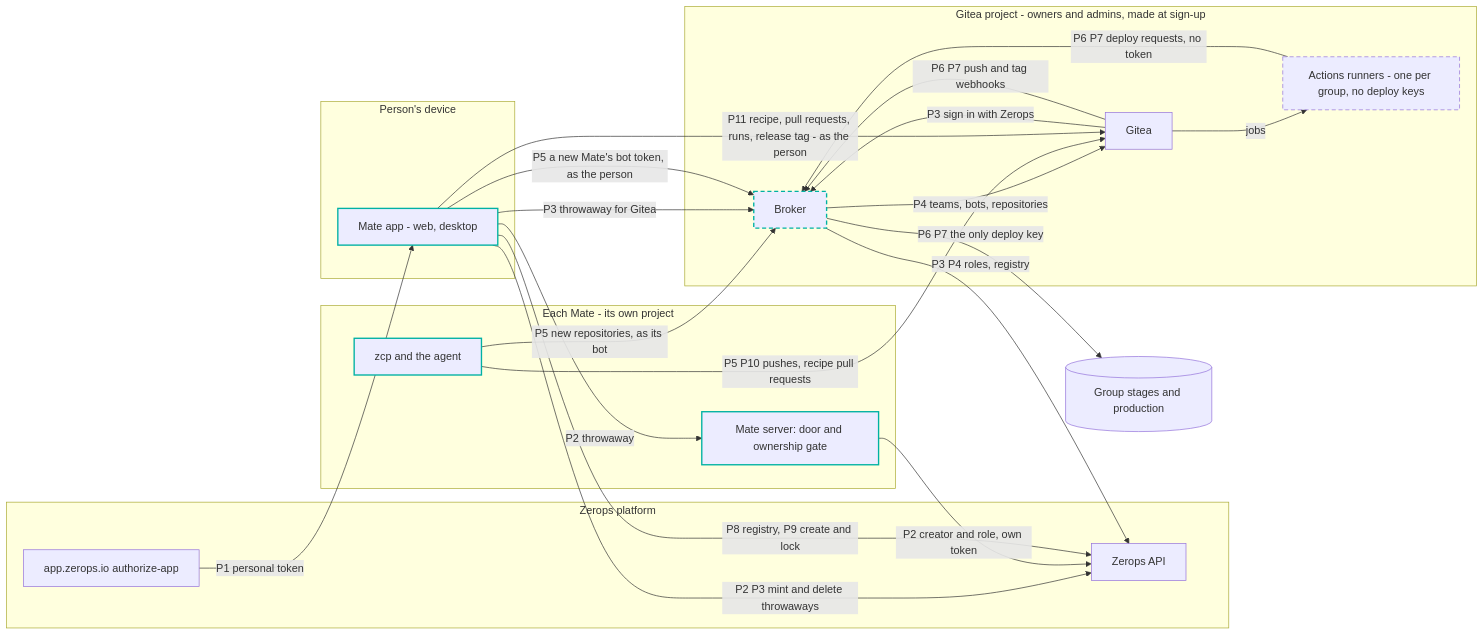
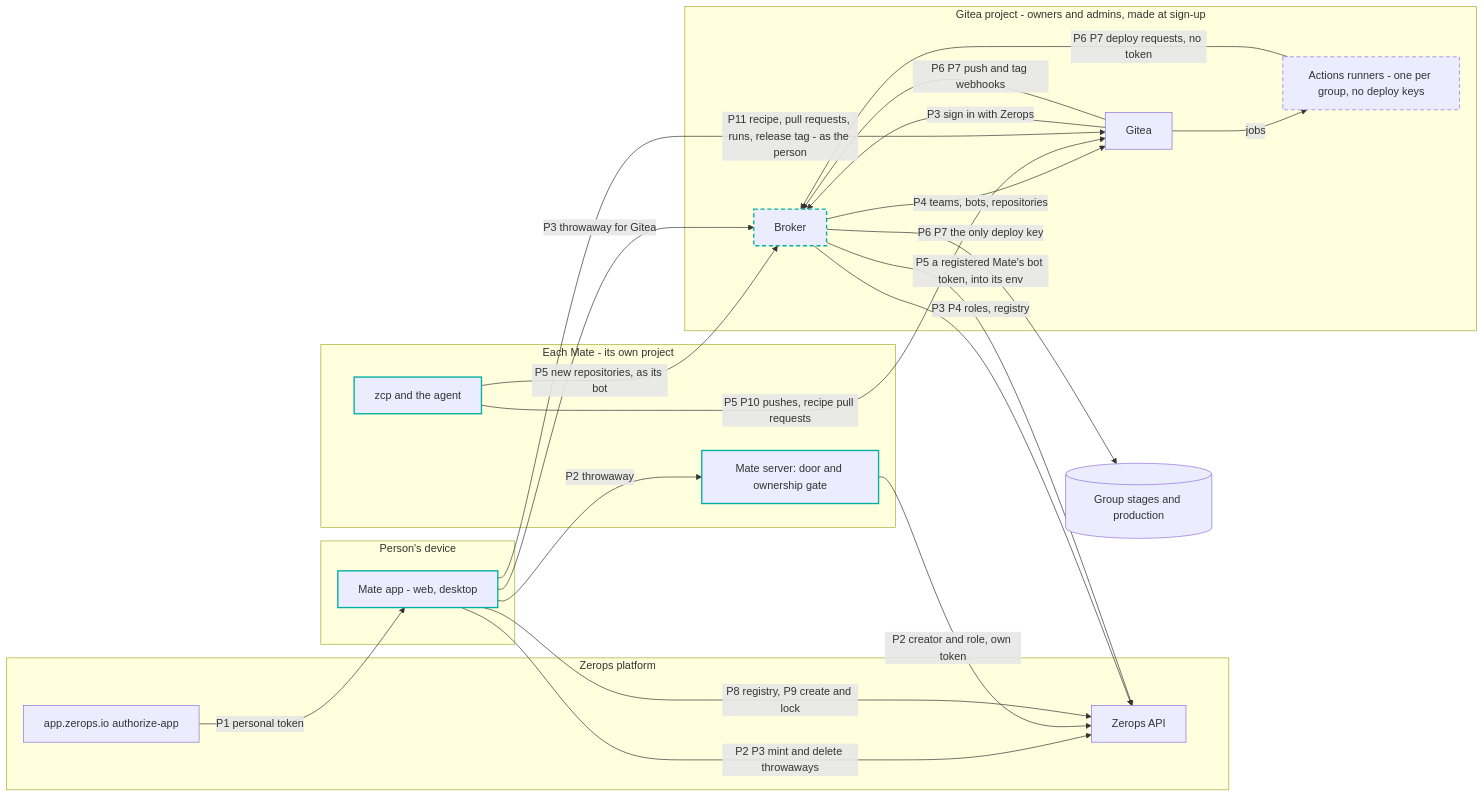
The first of 5 diagrams in plans/zerops-auth-backbone-implementation-2026-09-15.md (zeropsio/zcp), drawn with Mermaid before and after one commit. The commit also changed other lines of this file and 2 other files, not shown here.

First line of the commit message:
docs(mate): D20 — the broker's rights loop delivers a Mate's Gitea access

````diff
--- a/plans/zerops-auth-backbone-implementation-2026-09-15.md
+++ b/plans/zerops-auth-backbone-implementation-2026-09-15.md
@@ -91,43 +91,43 @@
 ```mermaid
 flowchart LR
   subgraph device["Person's device"]
     app["Mate app - web, desktop"]
   end
   subgraph zerops["Zerops platform"]
     authz["app.zerops.io authorize-app"]
     zapi["Zerops API"]
   end
   subgraph devp["Each Mate - its own project"]
     door["Mate server: door and ownership gate"]
     zcp["zcp and the agent"]
   end
   subgraph giteap["Gitea project - owners and admins, made at sign-up"]
     gitea["Gitea"]
     broker["Broker"]
     runner["Actions runners - one per group, no deploy keys"]
   end
   envs[("Group stages and production")]
 
   authz -- "P1 personal token" --> app
   app -- "P2 P3 mint and delete throwaways" --> zapi
   app -- "P2 throwaway" --> door
   door -- "P2 creator and role, own token" --> zapi
   gitea -- "P3 sign in with Zerops" --> broker
   app -- "P3 throwaway for Gitea" --> broker
   broker -- "P3 P4 roles, registry" --> zapi
   broker -- "P4 teams, bots, repositories" --> gitea
-  app -- "P5 a new Mate's bot token, as the person" --> broker
+  broker -- "P5 a registered Mate's bot token, into its env" --> zapi
   zcp -- "P5 new repositories, as its bot" --> broker
   zcp -- "P5 P10 pushes, recipe pull requests" --> gitea
   gitea -- "P6 P7 push and tag webhooks" --> broker
   gitea -- "jobs" --> runner
   runner -- "P6 P7 deploy requests, no token" --> broker
   broker -- "P6 P7 the only deploy key" --> envs
   app -- "P8 registry, P9 create and lock" --> zapi
   app -- "P11 recipe, pull requests, runs, release tag - as the person" --> gitea
 
   classDef mate stroke:#00b1a3,stroke-width:2px
   classDef build stroke-dasharray:6 4
   class app,door,zcp,broker mate
   class broker,runner build
 ```
````
